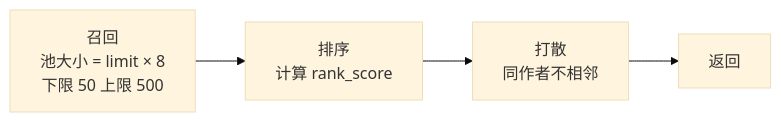
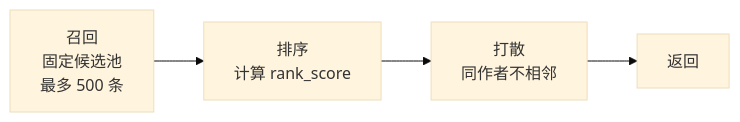
The eighth of 11 diagrams in docs/05-模块功能设计.md (gmjneko/GCFeed-Java), drawn with Mermaid (base theme) before and after one commit. The commit also changed other lines of this file and 56 other files, not shown here.

````diff
--- a/docs/05-模块功能设计.md
+++ b/docs/05-模块功能设计.md
@@ -725,6 +725,6 @@
 ```mermaid
 flowchart LR
-    A["召回<br/>池大小 = limit × 8<br/>下限 50 上限 500"] --> B["排序<br/>计算 rank_score"]
+    A["召回<br/>固定候选池<br/>最多 500 条"] --> B["排序<br/>计算 rank_score"]
     B --> C["打散<br/>同作者不相邻"]
     C --> D["返回"]
 ```
````
